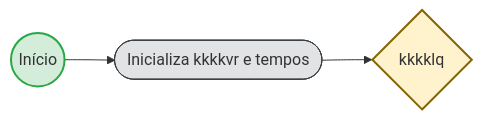
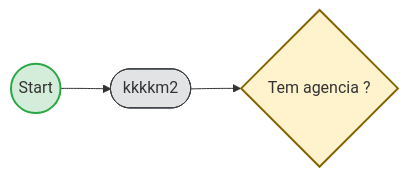
One commit to fabaodevudi/outros-codigos changed the second of 2 diagrams in Java/md.md. Above: the diagram before and after it, drawn with Mermaid. The commit also changed other lines of this file, not shown here.

````diff
--- a/Java/md.md
+++ b/Java/md.md
@@ -48,8 +225,8 @@
 ```mermaid
 flowchart LR
-  A((Início)) --> B([Inicializa kkkkvr e tempos])
-  B --> C{kkkklq}
+  A((Start)) --> B([kkkkm2])
+  B --> C{Tem agencia ?}
   style A fill:#d4edda,stroke:#28a745,stroke-width:2px
   style B fill:#e2e3e5,stroke:#383d41
   style C fill:#fff3cd,stroke:#856404,stroke-width:2px
 ```
````
